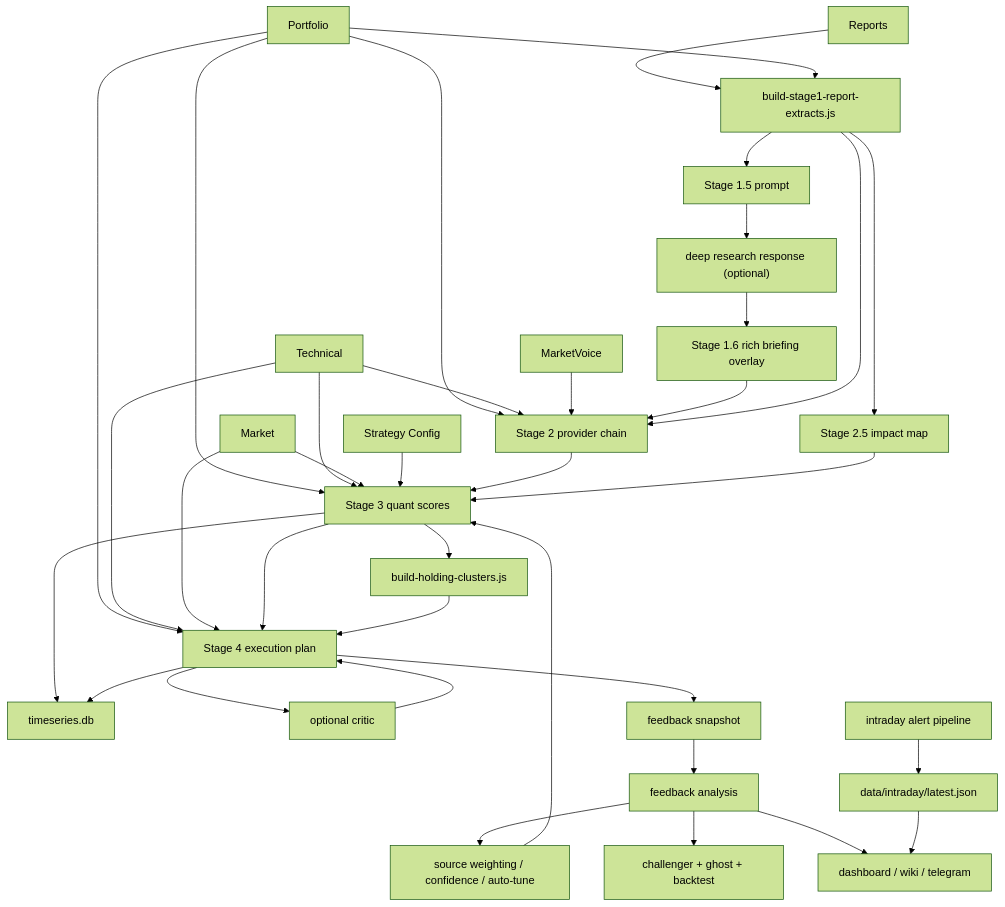
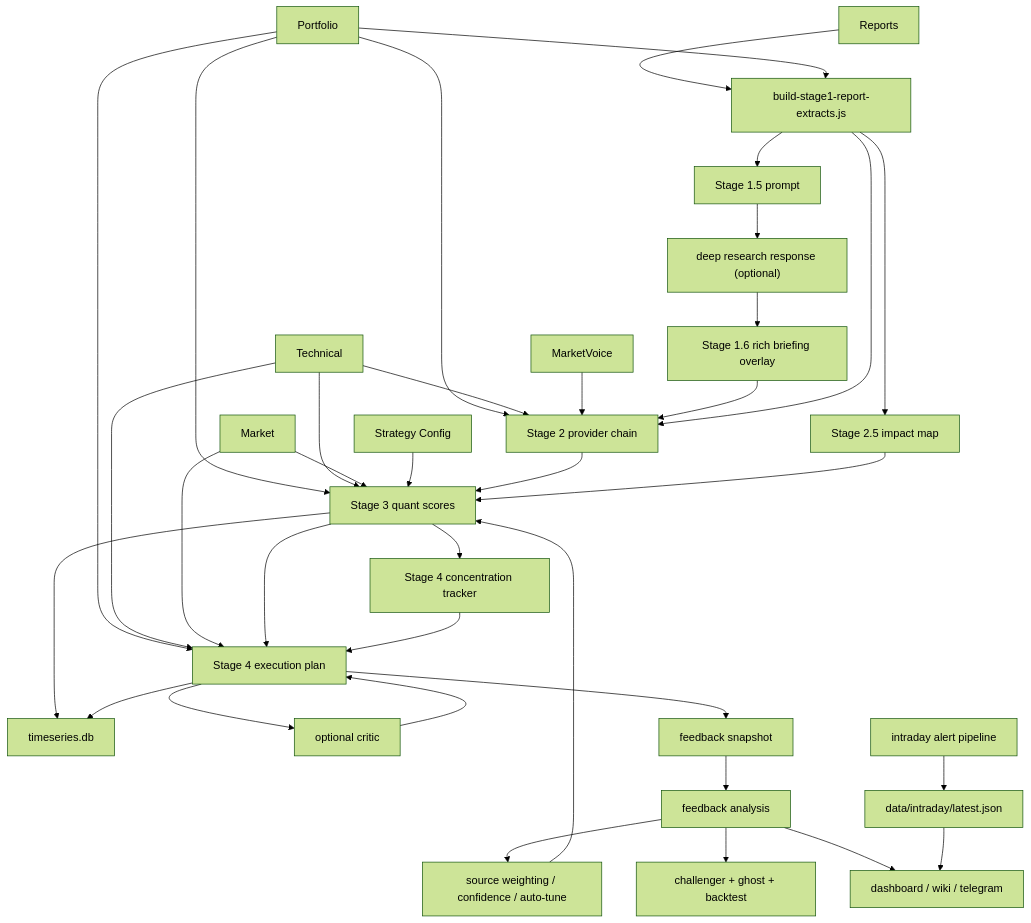
The diagram in docs/STAGE_1_4_ARCHITECTURE.md (sgdrudejr/EcoReport), drawn with Mermaid (forest theme) before and after one commit. The commit also changed other lines of this file and 14 other files, not shown here.

````diff
--- a/docs/STAGE_1_4_ARCHITECTURE.md
+++ b/docs/STAGE_1_4_ARCHITECTURE.md
@@ -20,42 +20,42 @@
 ```mermaid
 flowchart TD
     R["Reports"] --> S1["Stage 1"]
     P["Portfolio"] --> S1
     P --> S2
     P --> S3
     P --> S4
     T["Technical"] --> S2
     T --> S3
     T --> S4
     M["Market"] --> S3
     M --> S4
     MV["MarketVoice"] --> S2
     W["Strategy Config"] --> S3
 
     S1["build-stage1-report-extracts.js"] --> S15["Stage 1.5 prompt"]
     S15 --> DR["deep research response (optional)"]
     DR --> BR["Stage 1.6 rich briefing overlay"]
     BR --> S2
     S1 --> S2["Stage 2 provider chain"]
     S1 --> I["Stage 2.5 impact map"]
 
     S2 --> S3["Stage 3 quant scores"]
     I --> S3
     S3 --> TS["timeseries.db"]
-    S3 --> C["build-holding-clusters.js"]
+    S3 --> C["Stage 4 concentration tracker"]
     S3 --> S4["Stage 4 execution plan"]
     C --> S4
     S4 --> TS
     S4 --> CR["optional critic"]
     CR --> S4
 
     S4 --> FS["feedback snapshot"]
     FS --> FA["feedback analysis"]
     FA --> ST3["source weighting / confidence / auto-tune"]
     ST3 --> S3
     FA --> CH["challenger + ghost + backtest"]
     FA --> UI["dashboard / wiki / telegram"]
 
     IA["intraday alert pipeline"] --> IU["data/intraday/latest.json"]
     IU --> UI
 ```
````
